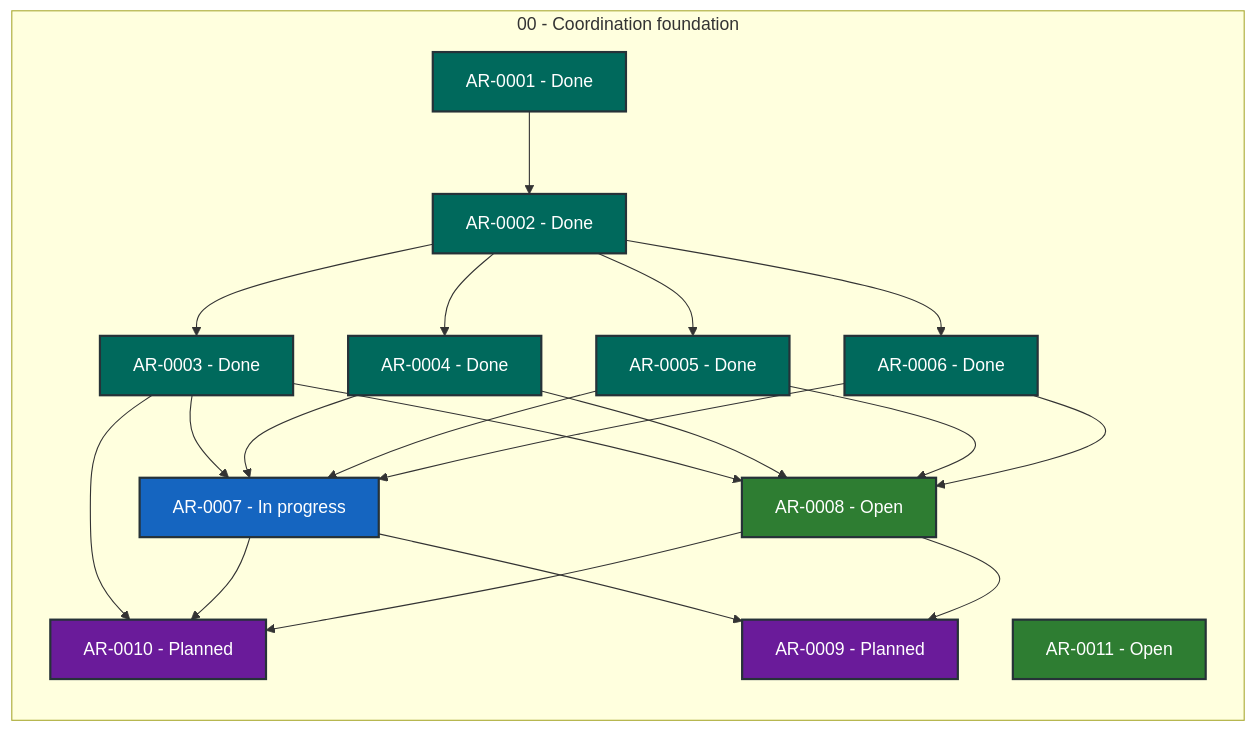
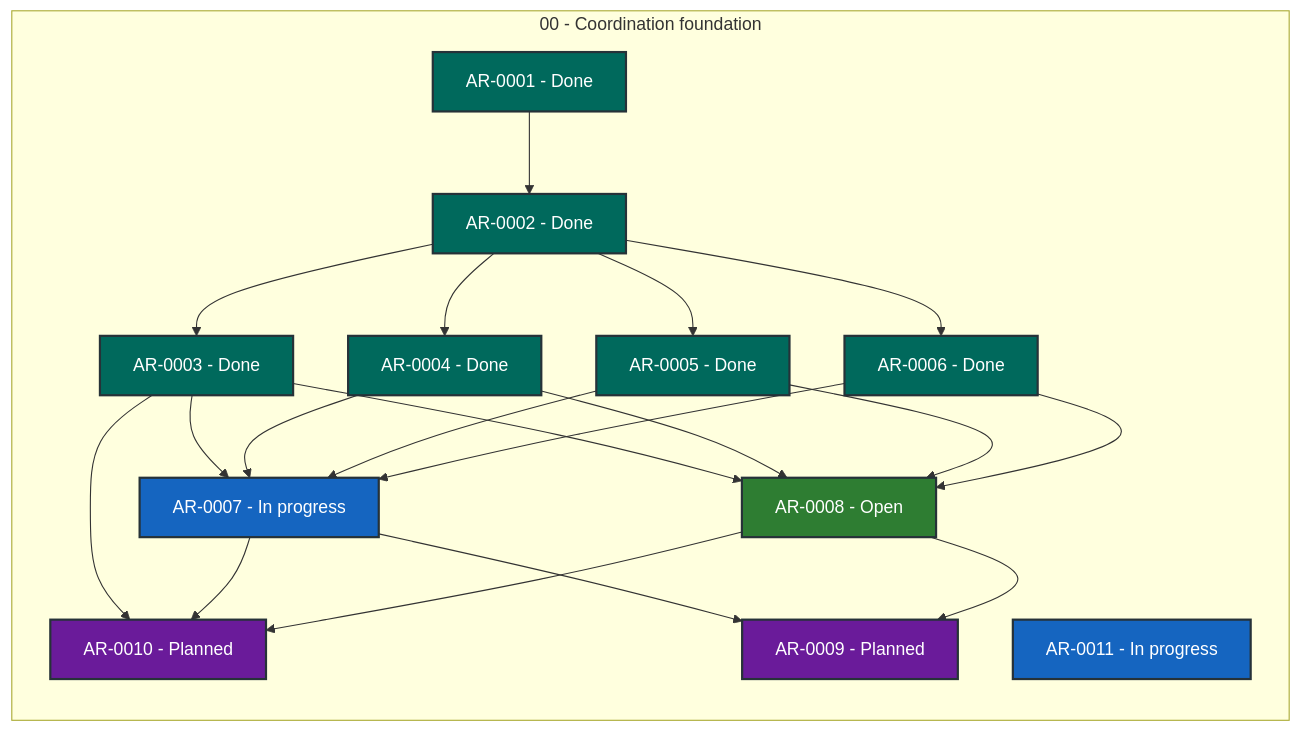
Before and after one commit to martin-beck/agent-workflow-coordinator-state: the diagram in STATUS.md, drawn with Mermaid. The commit also changed other lines of this file and 2 other files, not shown here.

````diff
--- a/STATUS.md
+++ b/STATUS.md
@@ -27,43 +27,43 @@
 ```mermaid
 flowchart LR
     subgraph series_00["00 - Coordination foundation"]
         direction TB
         AR_0001["AR-0001 - Done"]:::status_done
         AR_0002["AR-0002 - Done"]:::status_done
         AR_0003["AR-0003 - Done"]:::status_done
         AR_0004["AR-0004 - Done"]:::status_done
         AR_0005["AR-0005 - Done"]:::status_done
         AR_0006["AR-0006 - Done"]:::status_done
         AR_0007["AR-0007 - In progress"]:::status_in_progress
         AR_0008["AR-0008 - Open"]:::status_open
         AR_0009["AR-0009 - Planned"]:::status_planned
         AR_0010["AR-0010 - Planned"]:::status_planned
-        AR_0011["AR-0011 - Open"]:::status_open
+        AR_0011["AR-0011 - In progress"]:::status_in_progress
     end
     AR_0001 --> AR_0002
     AR_0002 --> AR_0003
     AR_0002 --> AR_0004
     AR_0002 --> AR_0005
     AR_0002 --> AR_0006
     AR_0003 --> AR_0007
     AR_0003 --> AR_0008
     AR_0003 --> AR_0010
     AR_0004 --> AR_0007
     AR_0004 --> AR_0008
     AR_0005 --> AR_0007
     AR_0005 --> AR_0008
     AR_0006 --> AR_0007
     AR_0006 --> AR_0008
     AR_0007 --> AR_0009
     AR_0007 --> AR_0010
     AR_0008 --> AR_0009
     AR_0008 --> AR_0010
     classDef status_in_progress fill:#1565c0,color:#ffffff,stroke:#263238,stroke-width:2px
     classDef status_open fill:#2e7d32,color:#ffffff,stroke:#263238,stroke-width:2px
     classDef status_blocked fill:#c62828,color:#ffffff,stroke:#263238,stroke-width:2px
     classDef status_planned fill:#6a1b9a,color:#ffffff,stroke:#263238,stroke-width:2px
     classDef status_future fill:#455a64,color:#ffffff,stroke:#263238,stroke-width:2px
     classDef status_done fill:#00695c,color:#ffffff,stroke:#263238,stroke-width:2px
     classDef status_cancelled fill:#616161,color:#ffffff,stroke:#263238,stroke-width:2px
     classDef status_superseded fill:#5d4037,color:#ffffff,stroke:#263238,stroke-width:2px
 ```
````
